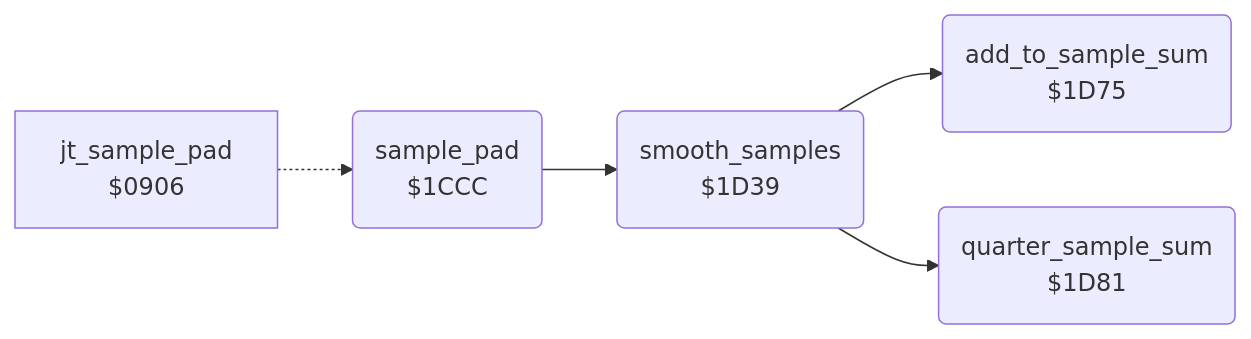
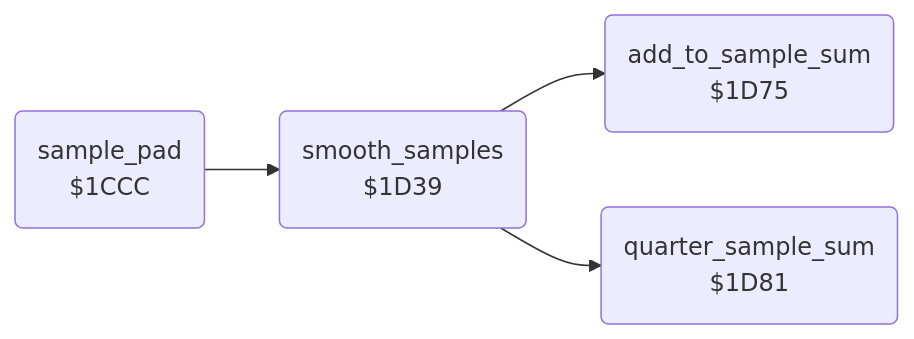
Before and after one commit to henols/c64_games: the diagram in koala_painter/v1/docs/reference/modules/input/pad_smoothing.md, drawn with Mermaid. The commit also changed other lines of this file and 1100 other files, not shown here.

````diff
--- a/koala_painter/v1/docs/reference/modules/input/pad_smoothing.md
+++ b/koala_painter/v1/docs/reference/modules/input/pad_smoothing.md
@@ -10,12 +19,10 @@
 ```mermaid
 flowchart LR
-  n0906["jt_sample_pad<br/>$0906"]
   n1ccc("sample_pad<br/>$1CCC")
   n1d39("smooth_samples<br/>$1D39")
   n1d75("add_to_sample_sum<br/>$1D75")
   n1d81("quarter_sample_sum<br/>$1D81")
-  n0906 -.-> n1ccc
   n1ccc --> n1d39
   n1d39 --> n1d75
   n1d39 --> n1d81
 ```
````
